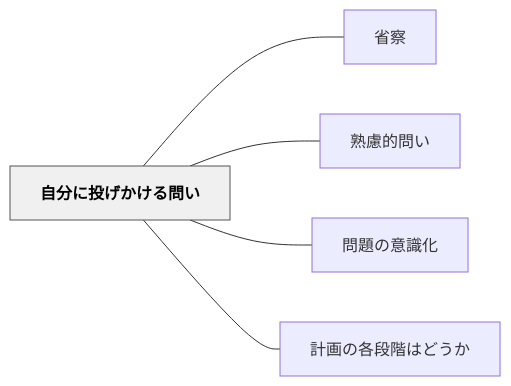
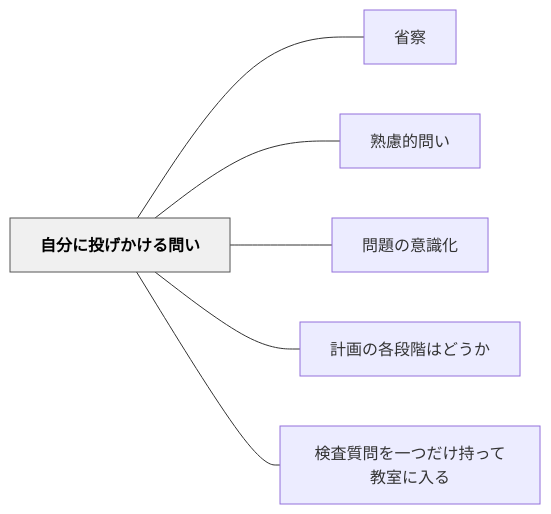
Before and after one commit to unknownthings-ed-patterns/unknownthings-ed-patterns: the diagram in content/パタン/自分に投げかける問い.md, drawn with Mermaid. The commit also changed other lines of this file and 1 other file, not shown here.

Commit message:
auto: Obsidianから同期 2026-08-03 21:17

````diff
--- a/content/パタン/自分に投げかける問い.md
+++ b/content/パタン/自分に投げかける問い.md
@@ -41,16 +42,18 @@
 ```mermaid
 flowchart LR
     ne887aae58886e381abe68a95e38192e3818be38191e3828be5958fe38184["自分に投げかける問い"]
     ne79c81e5af9f["省察"]
     ne7869fe685aee79a84e5958fe38184["熟慮的問い"]
     ne5958fe9a18ce381aee6848fe8ad98e58c96["問題の意識化"]
     ne8a888e794bbe381aee59084e6aeb5e99a8ee381afe381a9e38186e3818b["計画の各段階はどうか"]
+    ne6a49ce69fbbe8b3aae5958fe38292e4b880e381a4e381a0e38191e68c81e381a3e381a6e69599e5aea4e381abe585a5e3828b["検査質問を一つだけ持って教室に入る"]
 
     ne887aae58886e381abe68a95e38192e3818be38191e3828be5958fe38184 --- ne79c81e5af9f
     ne887aae58886e381abe68a95e38192e3818be38191e3828be5958fe38184 --- ne7869fe685aee79a84e5958fe38184
     ne887aae58886e381abe68a95e38192e3818be38191e3828be5958fe38184 --- ne5958fe9a18ce381aee6848fe8ad98e58c96
     ne887aae58886e381abe68a95e38192e3818be38191e3828be5958fe38184 --- ne8a888e794bbe381aee59084e6aeb5e99a8ee381afe381a9e38186e3818b
+    ne887aae58886e381abe68a95e38192e3818be38191e3828be5958fe38184 --- ne6a49ce69fbbe8b3aae5958fe38292e4b880e381a4e381a0e38191e68c81e381a3e381a6e69599e5aea4e381abe585a5e3828b
 
     classDef hub fill:#f0f0f0,stroke:#555,color:#000,font-weight:bold
     class ne887aae58886e381abe68a95e38192e3818be38191e3828be5958fe38184 hub
 ```
````
